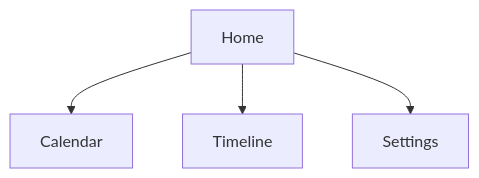
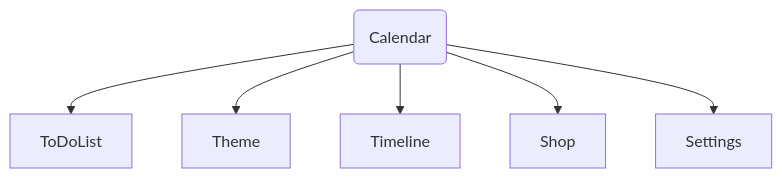
One commit to Laynaria/Toasty-Mood-Expo changed the diagram in README.md. Above: the diagram before and after it, drawn with Mermaid.

Commit message:
update of readme graph

````diff
--- a/README.md
+++ b/README.md
@@ -7,6 +7,8 @@
 ```mermaid
 graph TD;
-    Home-->Calendar;
-    Home-->Timeline;
-    Home-->Settings;
+    Home(Calendar)-->ToDoList;
+    Home(Calendar)-->Theme;
+    Home(Calendar)-->Timeline;
+    Home(Calendar)-->Shop;
+    Home(Calendar)-->Settings;
 ```
````
